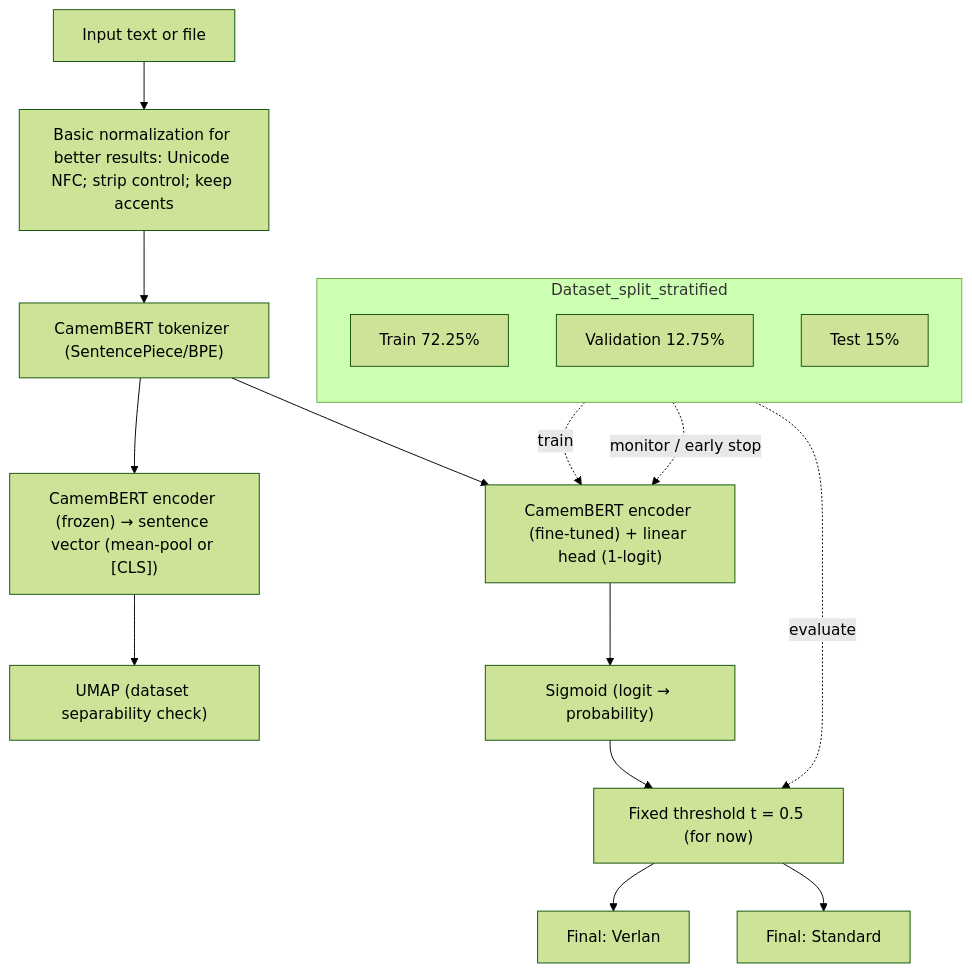
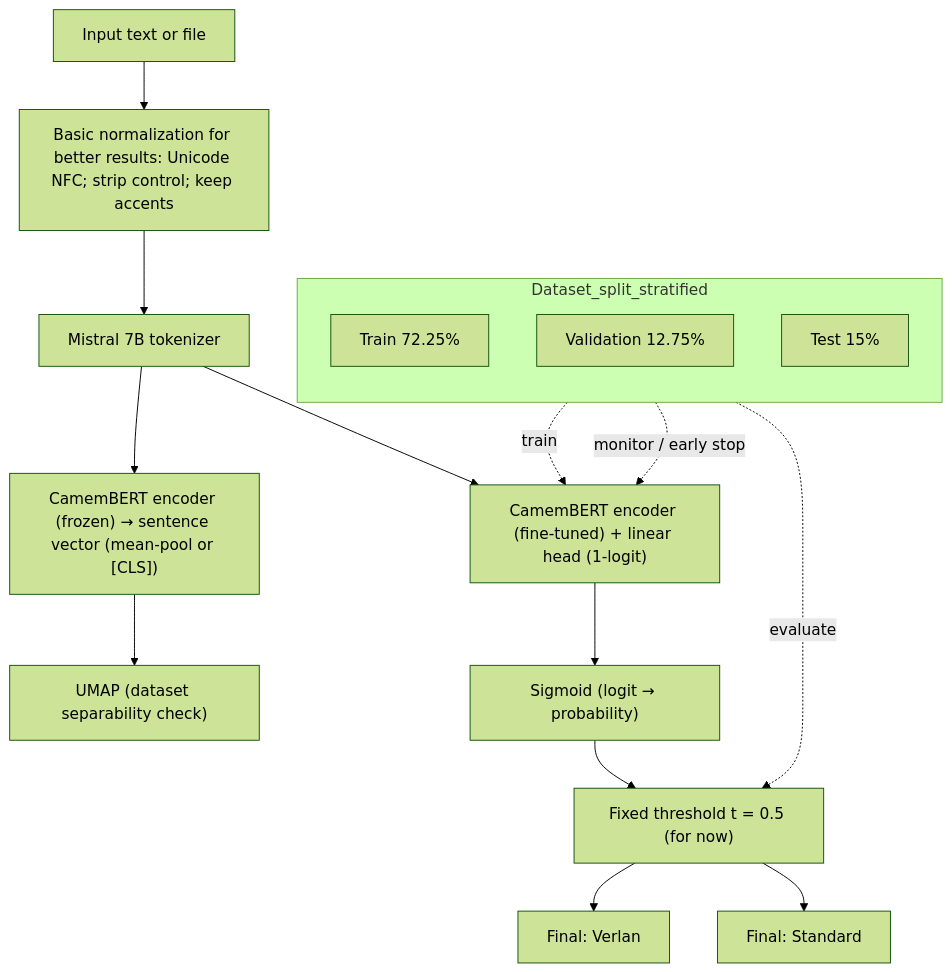
The second of 4 diagrams in README.md (greateden/Verlan-Identification-Normalisation), drawn with Mermaid (forest theme) before and after one commit. The commit also changed other lines of this file and 2 other files, not shown here.

Commit message:
feat(detect): implement Mistral-7B detection pipeline and training script

````diff
--- a/README.md
+++ b/README.md
@@ -156,33 +191,33 @@
 ```mermaid
 flowchart TB
   %% ===== Stratified split (fixed on 2 Sept) =====
   subgraph Dataset_split_stratified
     direction TB
     S1["Train 72.25%"]
     S2["Validation 12.75%"]
     S3["Test 15%"]
   end
 
   %% ===== Ingestion & normalization =====
   A["Input text or file"] --> N["Basic normalization for better results: Unicode NFC; strip control; keep accents"]
 
   %% ===== Tokenize once for both branches =====
-  N --> T["CamemBERT tokenizer (SentencePiece/BPE)"]
+  N --> T["Mistral 7B tokenizer"]
 
   %% ===== Branch 1: Diagnostic UMAP (frozen encoder; not used for training) =====
   T --> ENC_FZ["CamemBERT encoder (frozen) → sentence vector (mean-pool or [CLS])"]
   ENC_FZ --> MAP["UMAP (dataset separability check)"]
 
   %% ===== Branch 2: Classifier (fine-tune) =====
   T --> ENC["CamemBERT encoder (fine-tuned) + linear head (1-logit)"]
   ENC --> P["Sigmoid (logit → probability)"]
   P --> TH["Fixed threshold t = 0.5 (for now)"]
   TH --> V1["Final: Verlan"]
   TH --> V0["Final: Standard"]
 
   %% ===== Split linkage =====
   S1 -. "train" .-> ENC
   S2 -. "monitor / early stop" .-> ENC
   S3 -. "evaluate" .-> TH
 
   ```
````
